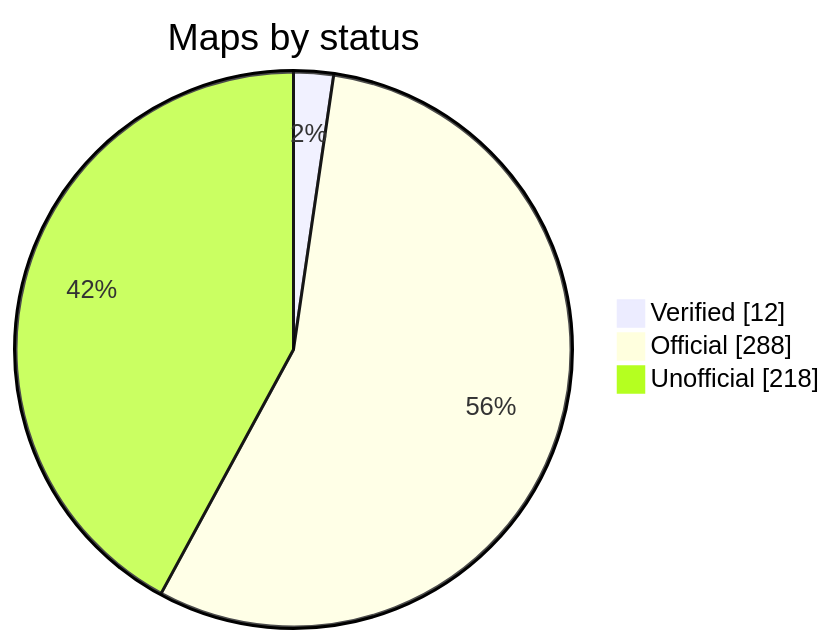
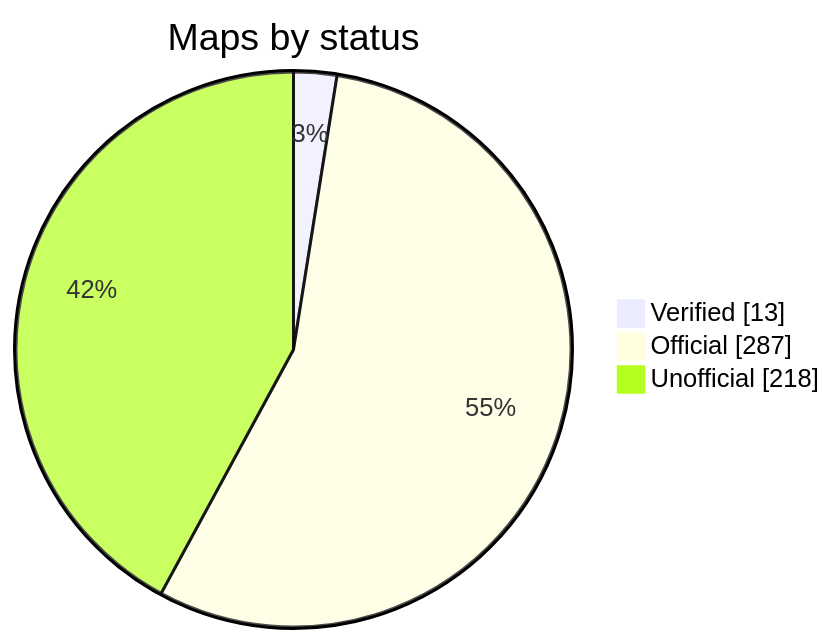
One commit to nobrega8/mbmap-library changed the diagram in README.md. Above: the diagram before and after it, drawn with Mermaid. The commit also changed 5 other files, not shown here.

````diff
--- a/README.md
+++ b/README.md
@@ -52,7 +52,7 @@
 ```mermaid
 pie showData
     title Maps by status
-    "Verified" : 12
-    "Official" : 288
+    "Verified" : 13
+    "Official" : 287
     "Unofficial" : 218
 ```
````
